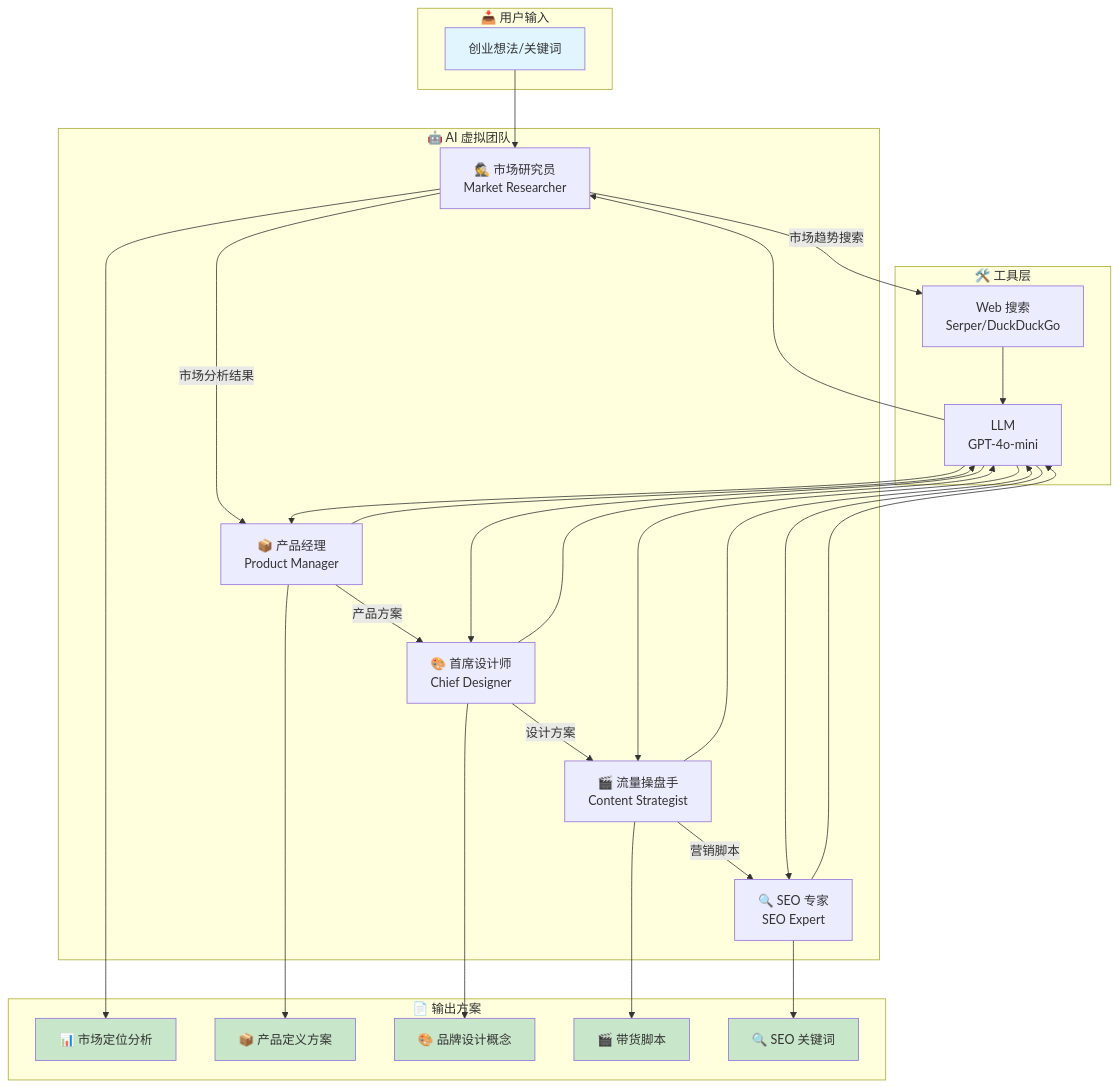
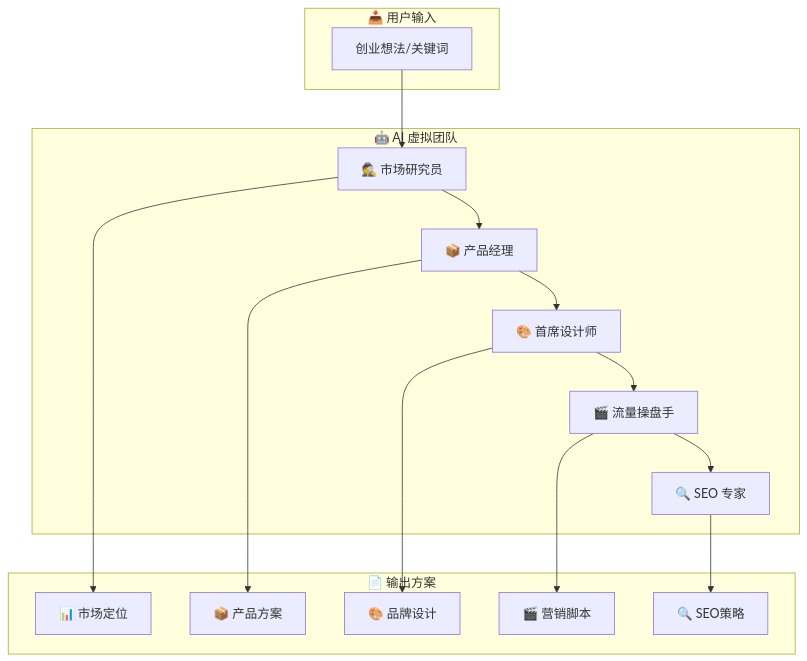
Before and after one commit to reedtang666/BizGenesis: the second of 2 diagrams in README.md, drawn with Mermaid. The commit also changed other lines of this file, not shown here.

````diff
--- a/README.md
+++ b/README.md
@@ -7,57 +92,29 @@
 ```mermaid
 flowchart TB
     subgraph Input["📥 用户输入"]
         A[创业想法/关键词]
     end
     
     subgraph AI_Team["🤖 AI 虚拟团队"]
-        B[🕵️ 市场研究员<br/>Market Researcher]
-        C[📦 产品经理<br/>Product Manager]
-        D[🎨 首席设计师<br/>Chief Designer]
-        E[🎬 流量操盘手<br/>Content Strategist]
-        F[🔍 SEO 专家<br/>SEO Expert]
-    end
-    
-    subgraph Tools["🛠️ 工具层"]
-        G[Web 搜索<br/>Serper/DuckDuckGo]
-        H[LLM<br/>GPT-4o-mini]
+        B[🕵️ 市场研究员]
+        C[📦 产品经理]
+        D[🎨 首席设计师]
+        E[🎬 流量操盘手]
+        F[🔍 SEO 专家]
     end
     
     subgraph Output["📄 输出方案"]
-        I[📊 市场定位分析]
-        J[📦 产品定义方案]
-        K[🎨 品牌设计概念]
-        L[🎬 带货脚本]
-        M[🔍 SEO 关键词]
+        G[📊 市场定位]
+        H[📦 产品方案]
+        I[🎨 品牌设计]
+        J[🎬 营销脚本]
+        K[🔍 SEO策略]
     end
     
-    A --> B
-    B -->|市场趋势搜索| G
-    G --> H
-    H --> B
-    B -->|市场分析结果| C
+    A --> B --> C --> D --> E --> F
+    B --> G
     C --> H
-    H --> C
-    C -->|产品方案| D
-    D --> H
-    H --> D
-    D -->|设计方案| E
-    E --> H
-    H --> E
-    E -->|营销脚本| F
-    F --> H
-    H --> F
-    
-    B --> I
-    C --> J
-    D --> K
-    E --> L
-    F --> M
-    
-    style A fill:#e1f5fe
-    style I fill:#c8e6c9
-    style J fill:#c8e6c9
-    style K fill:#c8e6c9
-    style L fill:#c8e6c9
-    style M fill:#c8e6c9
+    D --> I
+    E --> J
+    F --> K
 ```
````
